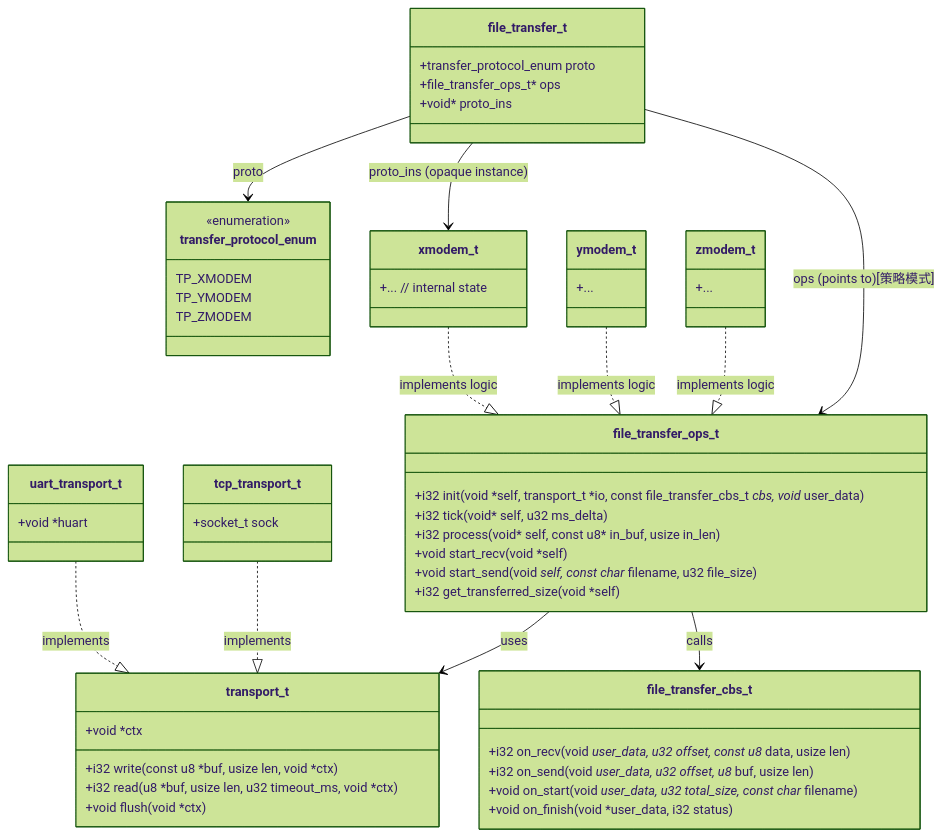
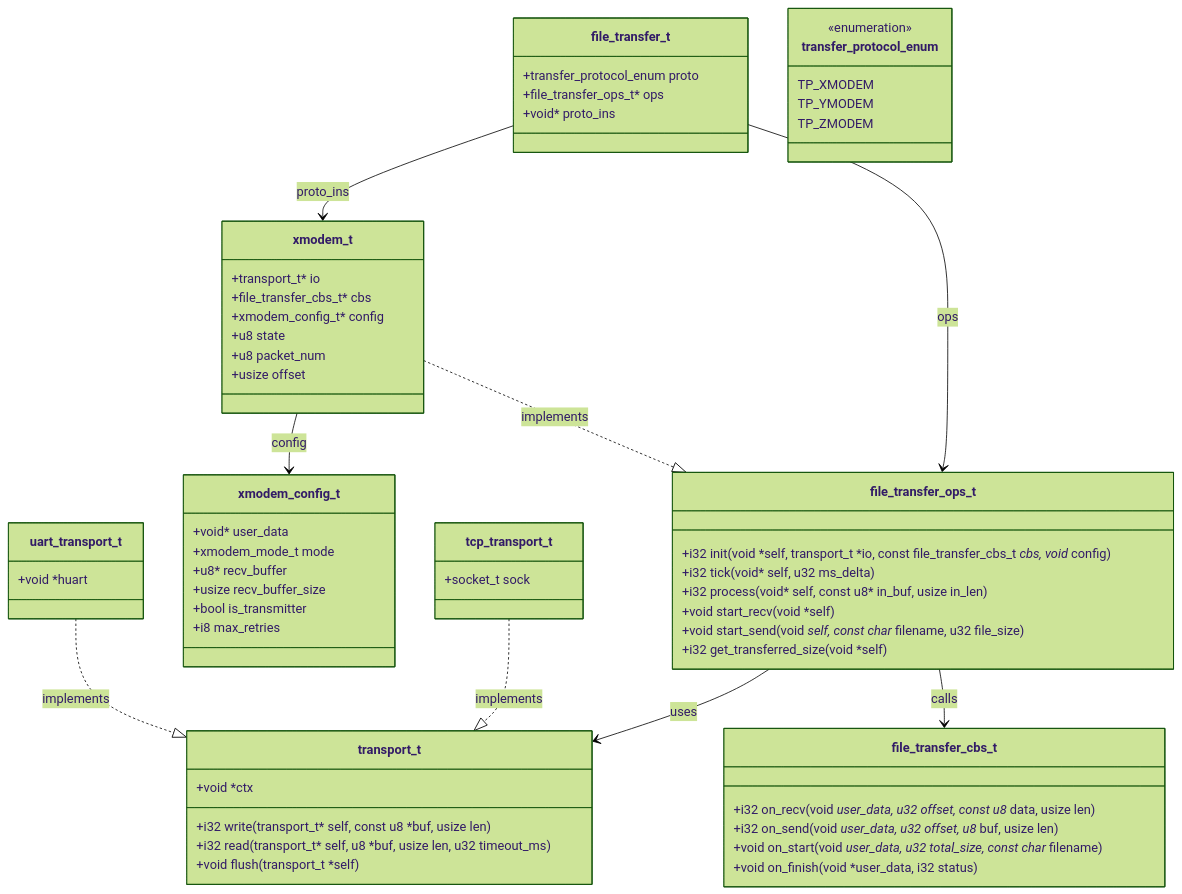
Before and after one commit to luiox/libca: the first of 3 diagrams in src/em_protocol/em_protocol设计文档.md, drawn with Mermaid (forest theme). The commit also changed other lines of this file, not shown here.

First line of the commit message:
fix: 更新 em_protocol 设计文档代码示例以匹配当前 API

````diff
--- a/src/em_protocol/em_protocol设计文档.md
+++ b/src/em_protocol/em_protocol设计文档.md
@@ -25,73 +26,78 @@
 ```mermaid
 %% Class Diagram: 数据结构、接口与具体实现
 classDiagram
     %% Interfaces / core structs
     class transport_t {
-        +i32 write(const u8 *buf, usize len, void *ctx)
-        +i32 read(u8 *buf, usize len, u32 timeout_ms, void *ctx)
-        +void flush(void *ctx)
+        +i32 write(transport_t* self, const u8 *buf, usize len)
+        +i32 read(transport_t* self, u8 *buf, usize len, u32 timeout_ms)
+        +void flush(transport_t *self)
         +void *ctx
     }
 
     class file_transfer_ops_t {
-        +i32 init(void *self, transport_t *io, const file_transfer_cbs_t *cbs, void* user_data)
+        +i32 init(void *self, transport_t *io, const file_transfer_cbs_t *cbs, void* config)
         +i32 tick(void* self, u32 ms_delta)
         +i32 process(void* self, const u8* in_buf, usize in_len)
         +void start_recv(void *self)
         +void start_send(void *self, const char* filename, u32 file_size)
         +i32 get_transferred_size(void *self)
     }
 
     class file_transfer_cbs_t {
         +i32 on_recv(void *user_data, u32 offset, const u8* data, usize len)
         +i32 on_send(void *user_data, u32 offset, u8* buf, usize len)
         +void on_start(void *user_data, u32 total_size, const char* filename)
         +void on_finish(void *user_data, i32 status)
     }
 
     class file_transfer_t {
         +transfer_protocol_enum proto
         +file_transfer_ops_t* ops
         +void* proto_ins
     }
 
+    class xmodem_config_t {
+        +void* user_data
+        +xmodem_mode_t mode
+        +u8* recv_buffer
+        +usize recv_buffer_size
+        +bool is_transmitter
+        +i8 max_retries
+    }
+
     class transfer_protocol_enum {
         <<enumeration>>
         TP_XMODEM
         TP_YMODEM
         TP_ZMODEM
     }
 
     %% Concrete protocol implementations
     class xmodem_t {
-        +... // internal state
-    }
-    class ymodem_t {
-        +...
-    }
-    class zmodem_t {
-        +...
+        +transport_t* io
+        +file_transfer_cbs_t* cbs
+        +xmodem_config_t* config
+        +u8 state
+        +u8 packet_num
+        +usize offset
     }
 
     %% Transport implementations
     class uart_transport_t {
         +void *huart
     }
     class tcp_transport_t {
         +socket_t sock
     }
 
-    %% 具体实现类通过 "实现" 关系关联到接口，与 file_transfer_t 解耦
-    xmodem_t ..|> file_transfer_ops_t : implements logic
-    ymodem_t ..|> file_transfer_ops_t : implements logic
-    zmodem_t ..|> file_transfer_ops_t : implements logic
-
+    %% Relationships
+    xmodem_t ..|> file_transfer_ops_t : implements
     uart_transport_t ..|> transport_t : implements
     tcp_transport_t ..|> transport_t : implements
 
-    file_transfer_t --> file_transfer_ops_t : ops (points to)[策略模式]
-    file_transfer_t --> xmodem_t : proto_ins (opaque instance)
-    file_transfer_t --> transfer_protocol_enum : proto
+    file_transfer_t --> file_transfer_ops_t : ops
+    file_transfer_t --> xmodem_t : proto_ins
     file_transfer_ops_t --> transport_t : uses
     file_transfer_ops_t --> file_transfer_cbs_t : calls
+    xmodem_t --> xmodem_config_t : config
 ```
````
